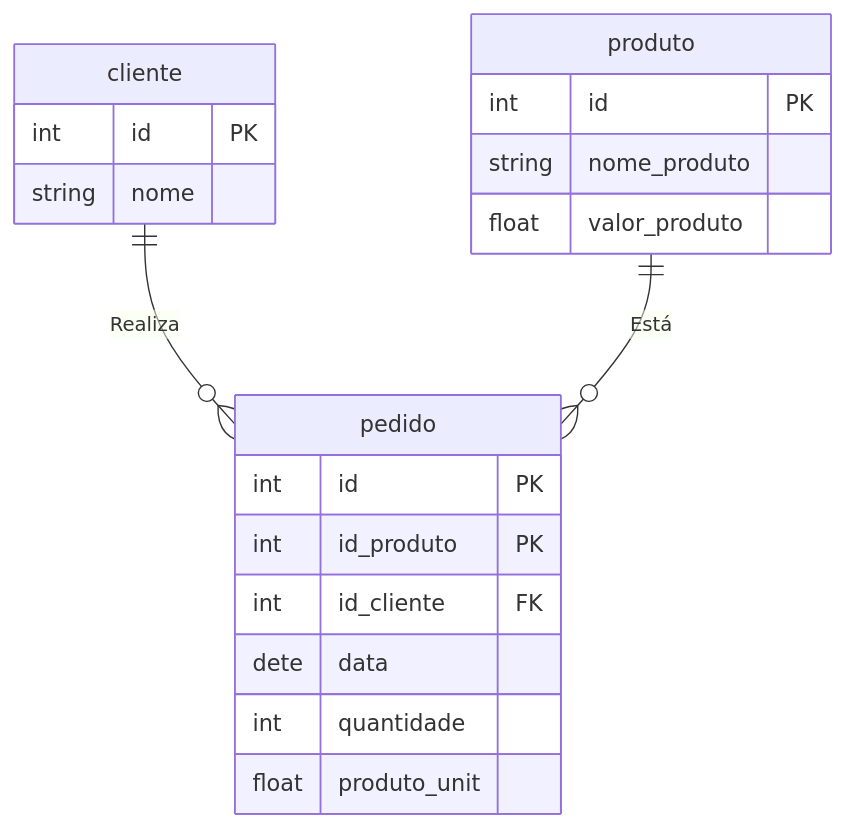
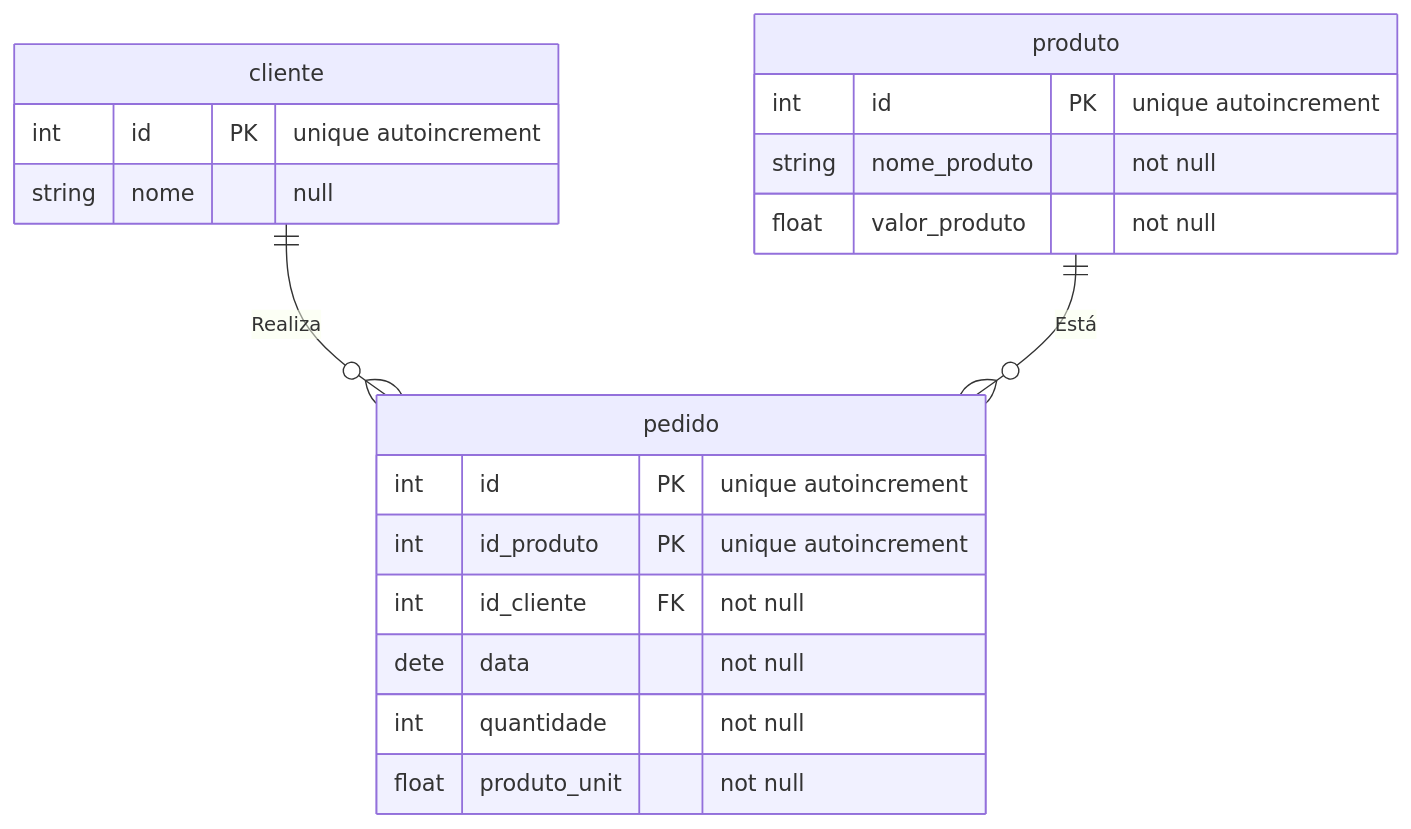
One commit to joaorbm09/banco_de_dados changed the diagram in exercicios/ex3.md. Above: the diagram before and after it, drawn with Mermaid. The commit also changed 4 other files, not shown here.

````diff
--- a/exercicios/ex3.md
+++ b/exercicios/ex3.md
@@ -4,24 +4,24 @@
 ```mermaid
     erDiagram
         cliente{
-            int id PK 
-            string nome
+            int id PK "unique autoincrement"
+            string nome "null"
         }
         produto{
-            int id PK
-            string nome_produto
-            float valor_produto
+            int id PK "unique autoincrement"
+            string nome_produto "not null"
+            float valor_produto "not null"
         }
         pedido{
-            int id PK
-            int id_produto PK
-            int id_cliente FK
-            dete data
-            int quantidade
-            float produto_unit
+            int id PK "unique autoincrement"
+            int id_produto PK "unique autoincrement" 
+            int id_cliente FK "not null"
+            dete data "not null"
+            int quantidade "not null"
+            float produto_unit "not null"
         }
 
 cliente ||--o{ pedido :"Realiza"
 produto ||--o{ pedido :"Está"
 
 ```
````
